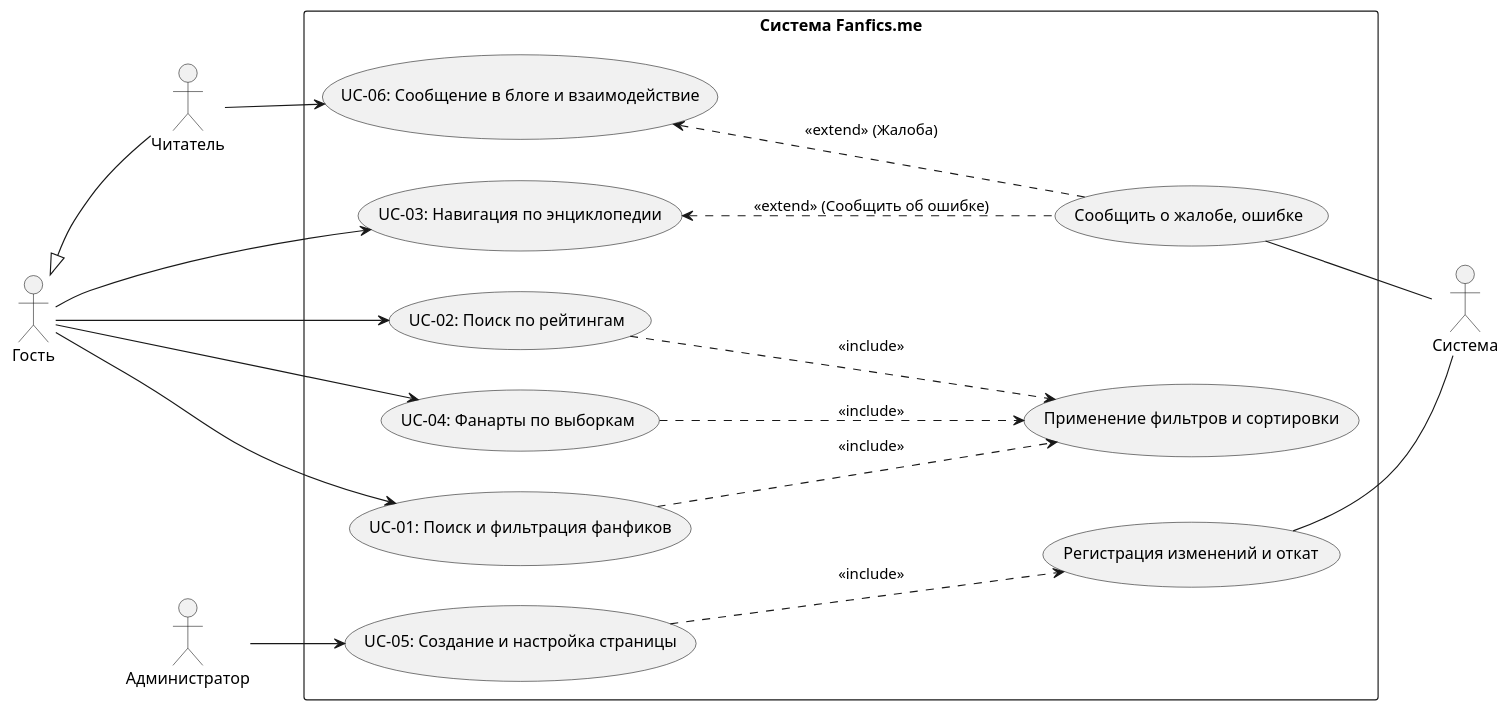
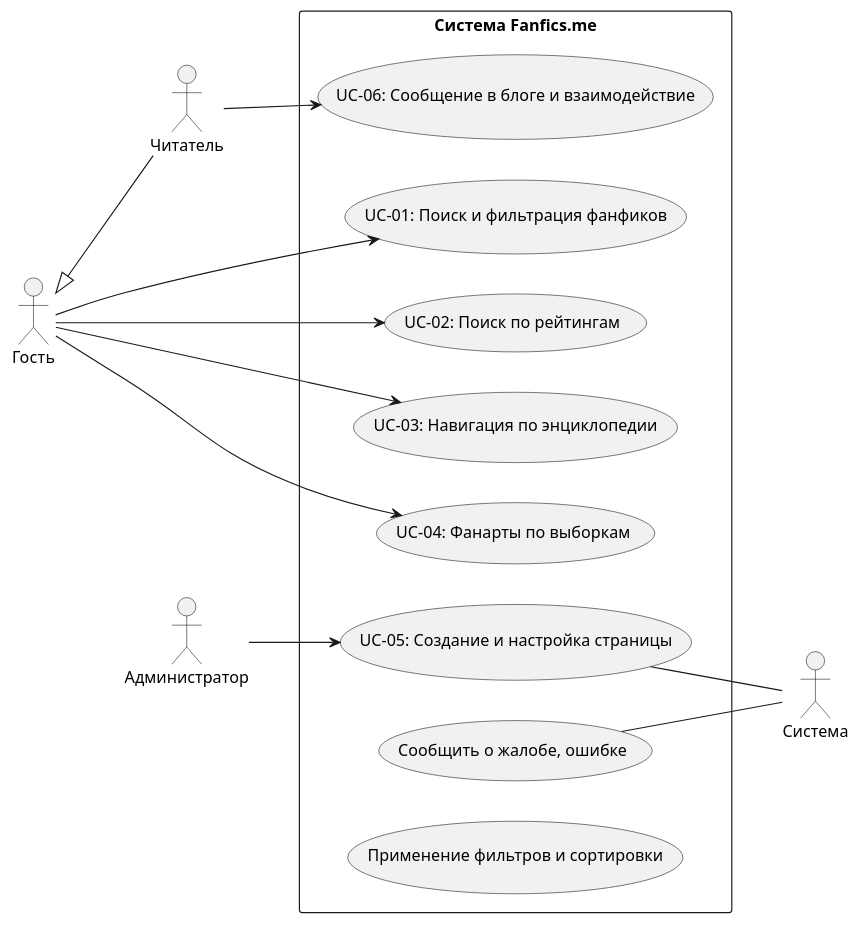
Before and after one commit to Dmitrylesnoy/ITMO-study-labs: the diagram in Base of SE/BSE-1/overwall3.plantuml, drawn with PlantUML. The commit also changed 5 other files, not shown here.

```diff
--- a/Base of SE/BSE-1/overwall3.plantuml
+++ b/Base of SE/BSE-1/overwall3.plantuml
@@ -1,43 +1,42 @@
 @startuml
 left to right direction
 skinparam packageStyle rectangle
 
 actor "Гость" as User
 actor "Читатель" as AuthUser
 actor "Администратор" as Admin
 actor "Система" as System
 
 rectangle "Система Fanfics.me" {
   (UC-01: Поиск и фильтрация фанфиков) as UC1
   (UC-02: Поиск по рейтингам) as UC2
   (UC-03: Навигация по энциклопедии) as UC3
   (UC-04: Фанарты по выборкам) as UC4
   (UC-05: Создание и настройка страницы) as UC5
   (UC-06: Сообщение в блоге и взаимодействие) as UC6
   
   (Сообщить о жалобе, ошибке) as Support
   (Применение фильтров и сортировки) as Filters
-  (Регистрация изменений и откат) as Logging
 }
 
 User <|-- AuthUser
 
 User --> UC1
 User --> UC2
 User --> UC3
 User --> UC4
 
 AuthUser --> UC6
-UC6 <.. Support : <<extend>> (Жалоба)
-UC3 <.. Support : <<extend>> (Сообщить об ошибке)
+' UC6 <.. Support : <<extend>> (Жалоба)
+' UC3 <.. Support : <<extend>> (Сообщить об ошибке)
 
 Admin --> UC5
-UC5 ..> Logging : <<include>>
+UC5 -- System
 
-UC1 ..> Filters : <<include>>
-UC2 ..> Filters : <<include>>
-UC4 ..> Filters : <<include>>
+' UC1 ..> Filters : <<include>>
+' UC2 ..> Filters : <<include>>
+' UC4 ..> Filters : <<include>>
 
 Support -- System
-Logging -- System
+
 @enduml
```
